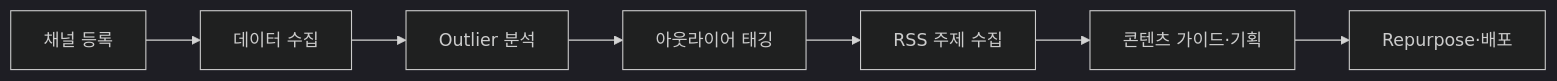
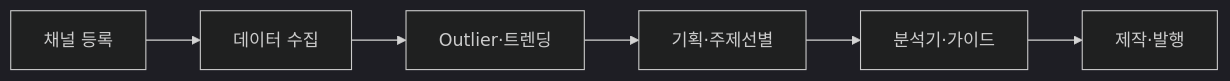
The diagram in docs/guides/DASHBOARD_USAGE.md (hyomin/contents-dashboard), drawn with Mermaid (dark theme) before and after one commit. The commit also changed other lines of this file and 25 other files, not shown here.

First line of the commit message:
docs: 문서 현행화 및 오래된 md 정리, 콘텐츠 분석기·빌드 보완

````diff
--- a/docs/guides/DASHBOARD_USAGE.md
+++ b/docs/guides/DASHBOARD_USAGE.md
@@ -52,9 +66,8 @@
 ```mermaid
 flowchart LR
   A[채널 등록] --> B[데이터 수집]
-  B --> C[Outlier 분석]
-  C --> D[아웃라이어 태깅]
-  D --> E[RSS 주제 수집]
-  E --> F[콘텐츠 가이드·기획]
-  F --> G[Repurpose·배포]
+  B --> C[Outlier·트렌딩]
+  C --> D[기획·주제선별]
+  D --> E[분석기·가이드]
+  E --> F[제작·발행]
 ```
````
